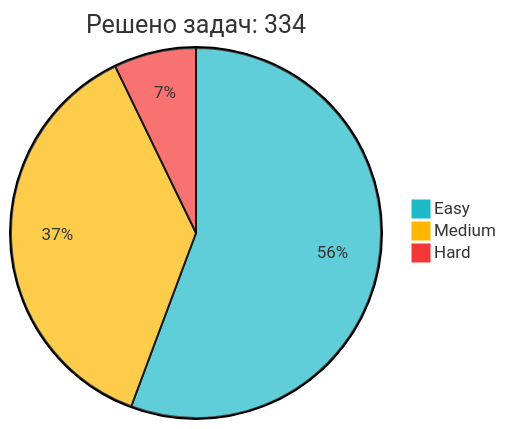
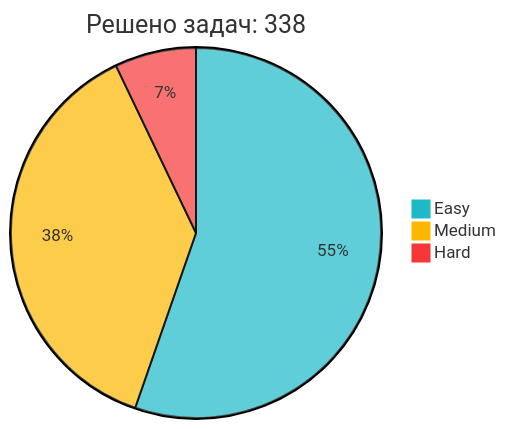
Before and after one commit to IliaKurdukov/IliaKurdukov: the diagram in README.md, drawn with Mermaid. The commit also changed other lines of this file, not shown here.

Commit message:
📈 Обновление статистики LeetCode

````diff
--- a/README.md
+++ b/README.md
@@ -51,7 +51,7 @@
 ```mermaid
 %%{init: {'theme': 'base', 'themeVariables': { 'pie1': '#1CBAC8', 'pie2': '#FEB700', 'pie3': '#F63737' }, 'config': {'width': 300, 'height': 200}}}%%
-pie title Решено задач: 334
-   "Easy" : 186
-   "Medium" : 124
+pie title Решено задач: 338
+   "Easy" : 187
+   "Medium" : 127
    "Hard" : 24
 ```
````
